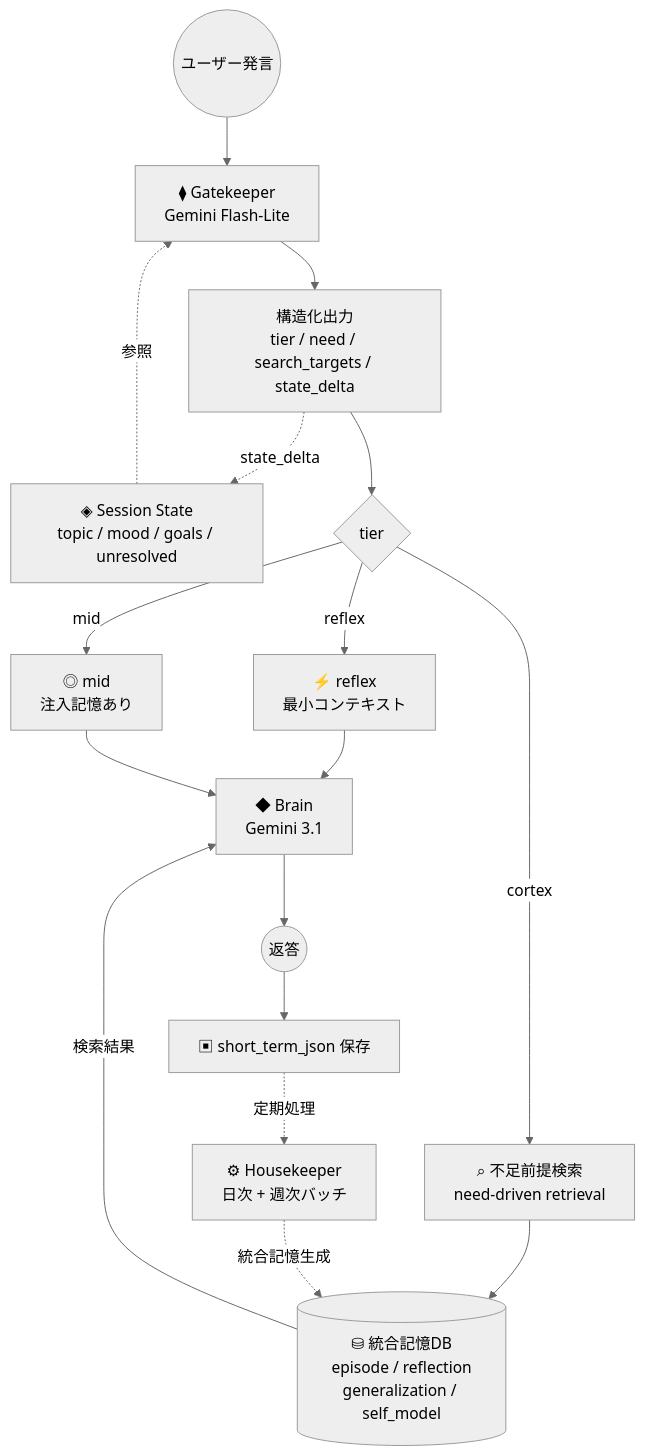
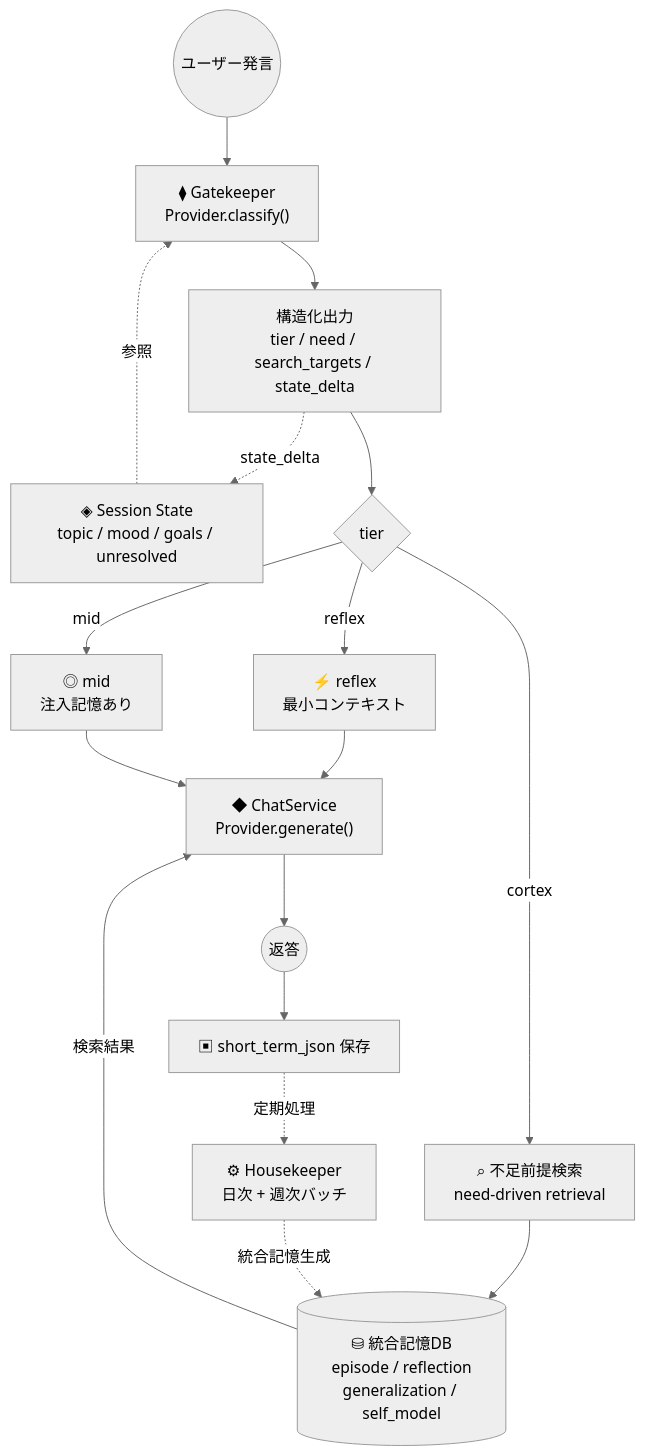
The first of 5 diagrams in README.md (unagisann/Butly), drawn with Mermaid (neutral theme) before and after one commit. The commit also changed other lines of this file and 2 other files, not shown here.

````diff
--- a/README.md
+++ b/README.md
@@ -22,19 +22,19 @@
 ```mermaid
 flowchart TD
-    A((ユーザー発言)) --> B["⧫ Gatekeeper<br/>Gemini Flash-Lite"]
+    A((ユーザー発言)) --> B["⧫ Gatekeeper<br/>Provider.classify()"]
     B --> C["構造化出力<br/>tier / need / search_targets / state_delta"]
     C -.->|state_delta| D["◈ Session State<br/>topic / mood / goals / unresolved"]
     D -.->|参照| B
     C --> E{tier}
     E -->|reflex| F["⚡ reflex<br/>最小コンテキスト"]
     E -->|mid| G["◎ mid<br/>注入記憶あり"]
     E -->|cortex| H["⌕ 不足前提検索<br/>need-driven retrieval"]
     H --> I[("⛁ 統合記憶DB<br/>episode / reflection<br/>generalization / self_model")]
-    F --> J["◆ Brain<br/>Gemini 3.1"]
+    F --> J["◆ ChatService<br/>Provider.generate()"]
     G --> J
     I -->|検索結果| J
     J --> K((返答))
     K --> L["▣ short_term_json 保存"]
     L -.->|定期処理| M["⚙ Housekeeper<br/>日次 + 週次バッチ"]
     M -.->|統合記憶生成| I
 ```
````
